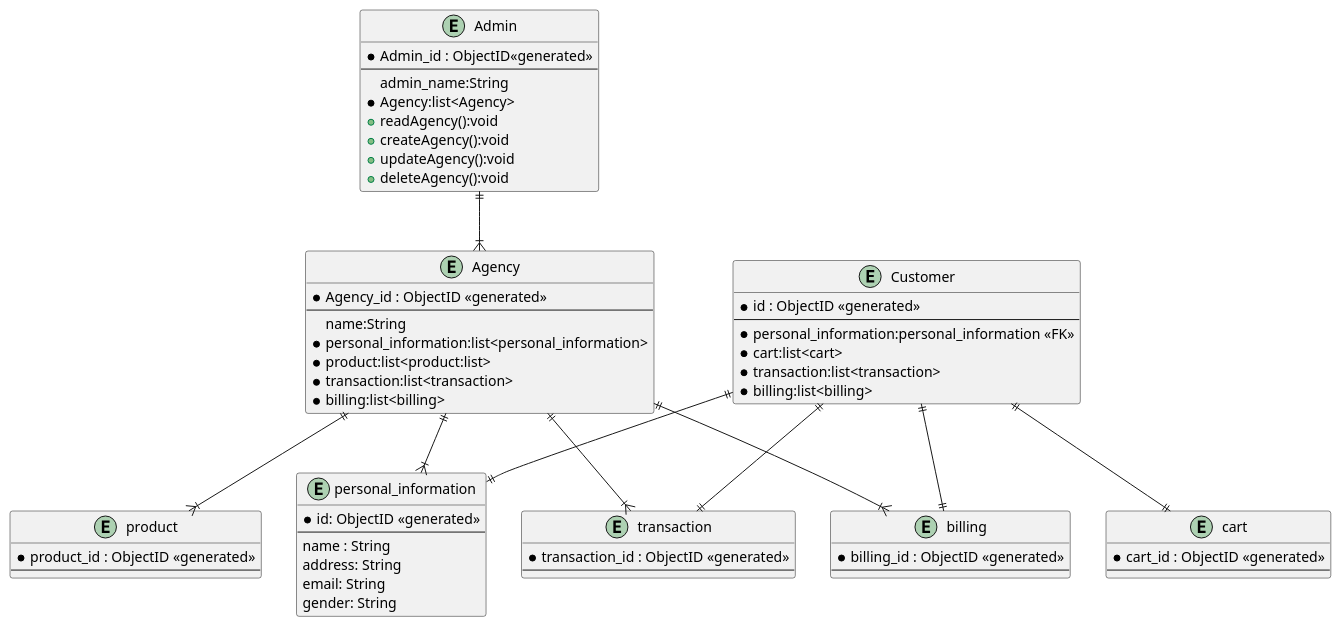
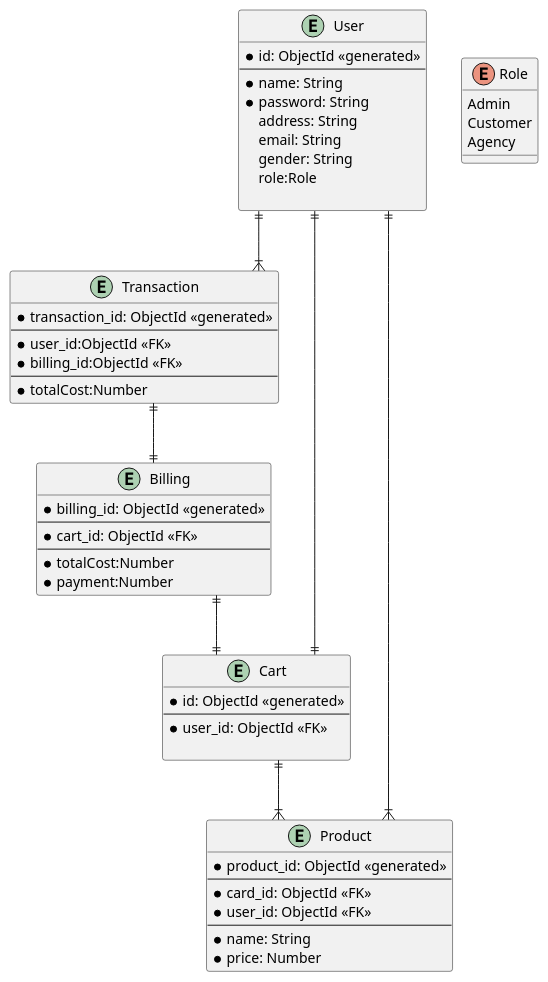
The diagram in Section1/Section1.plantuml (arcatuka/UDT_test), drawn with PlantUML before and after one commit. The commit also changed 3912 other files, not shown here.

```diff
--- a/Section1/Section1.plantuml
+++ b/Section1/Section1.plantuml
@@ -1,75 +1,66 @@
-@startuml
+@startuml ecommerceERD
+
+skinparam linetype ortho
+
+entity User {
+    *id: ObjectId <<generated>>
+    --
+    *name: String
+    *password: String
+    address: String
+    email: String
+    gender: String
+    role:Role
+
+}
+
+enum Role {
+    Admin
+    Customer
+    Agency
+}
 
 
-entity "Customer" as e01 {
-  *id : ObjectID <<generated>>
-  --
-  *personal_information:personal_information <<FK>>
-  *cart:list<cart> 
-  *transaction:list<transaction> 
-  *billing:list<billing> 
+entity Transaction {
+    *transaction_id: ObjectId <<generated>>
+    --
+    *user_id:ObjectId <<FK>>
+    *billing_id:ObjectId <<FK>>
+    --
+    *totalCost:Number
 }
 
-entity "personal_information" as e02 {
-  *id: ObjectID <<generated>>
-  --
-  name : String
-  address: String
-  email: String
-  gender: String
+entity Product {
+    *product_id: ObjectId <<generated>>
+    --
+    *card_id: ObjectId <<FK>>
+    *user_id: ObjectId <<FK>>
+    --
+    *name: String
+    *price: Number
+}
+entity Cart {
+    *id: ObjectId <<generated>>
+    --
+    *user_id: ObjectId <<FK>>
+
 }
 
-entity "cart" as e03 {
-  *cart_id : ObjectID <<generated>>
-  --
+entity Billing{
+    *billing_id: ObjectId <<generated>>
+    --
+    *cart_id: ObjectId <<FK>>
+    --
+    *totalCost:Number
+    *payment:Number
 }
 
-entity "transaction" as e04 {
-  *transaction_id : ObjectID <<generated>>
-  --
-}
 
-entity "billing" as e05 {
-  *billing_id : ObjectID <<generated>>
-  --
-}
+User ||--|{ Transaction
+Transaction ||--|| Billing
+Billing||--|| Cart
 
-entity "product" as e07 {
-  *product_id : ObjectID <<generated>>
-  --
-}
-
-entity "Agency" as e06 {
-  *Agency_id : ObjectID <<generated>>
-  --
-  name:String
-  *personal_information:list<personal_information> 
-  *product:list<product:list> 
-  *transaction:list<transaction>  
-  *billing:list<billing> 
-}
-
-entity "Admin" as e08 {
-  *Admin_id : ObjectID<<generated>>
-  --
-  admin_name:String
-  *Agency:list<Agency> 
-  +readAgency():void
-  +createAgency():void
-  +updateAgency():void
-  +deleteAgency():void
-}
-
-e01 ||--|| e02
-e01 ||--|| e03
-e01 ||--|| e04
-e01 ||--|| e05
-
-e06 ||--|{ e02
-e06 ||--|{ e04
-e06 ||--|{ e05
-e06 ||--|{ e07
-
-e08 ||--|{ e06
-
+User ||--|| Cart
+Cart ||--|{ Product
+User ||--|{ Product
 @enduml
```
